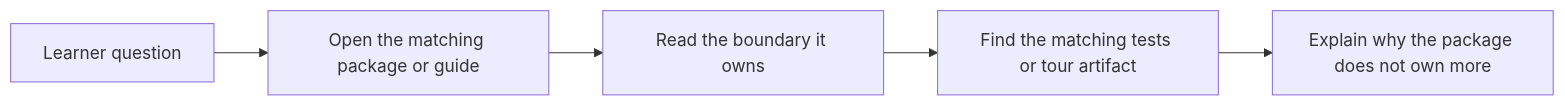
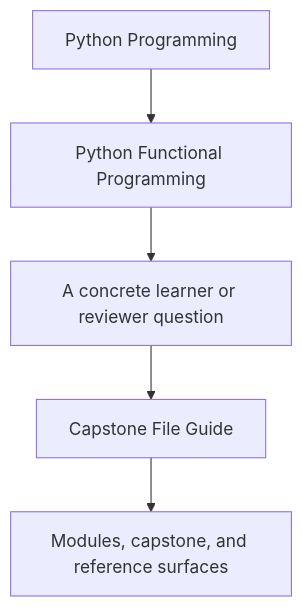
Before and after one commit to bijux/bijux-masterclass: the first of 2 diagrams in programs/python-programming/python-functional-programming/course-book/guides/capstone-file-guide.md, drawn with Mermaid. The commit also changed other lines of this file and 23 other files, not shown here.

Commit message:
docs(python-functional-programming): sharpen guide and reference diagrams

````diff
--- a/programs/python-programming/python-functional-programming/course-book/guides/capstone-file-guide.md
+++ b/programs/python-programming/python-functional-programming/course-book/guides/capstone-file-guide.md
@@ -16,7 +7,7 @@
 ```mermaid
-flowchart LR
-  learner["Learner question"] --> file["Open the matching package or guide"]
-  file --> concept["Read the boundary it owns"]
-  concept --> proof["Find the matching tests or tour artifact"]
-  proof --> recap["Explain why the package does not own more"]
+flowchart TD
+  family["Python Programming"] --> program["Python Functional Programming"]
+  program --> pressure["A concrete learner or reviewer question"]
+  pressure --> guide["Capstone File Guide"]
+  guide --> next["Modules, capstone, and reference surfaces"]
 ```
````
